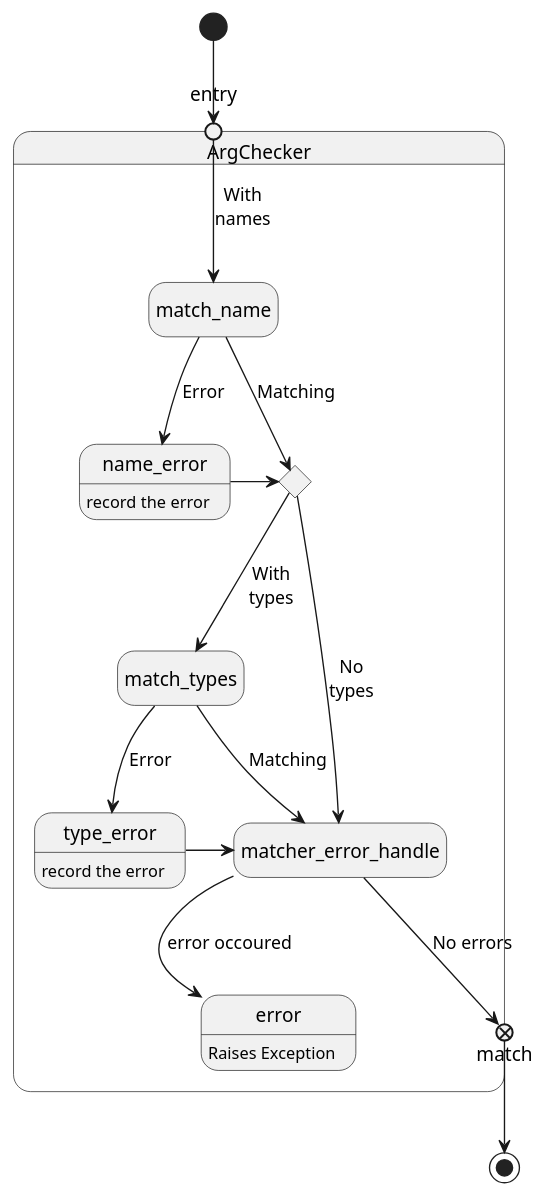
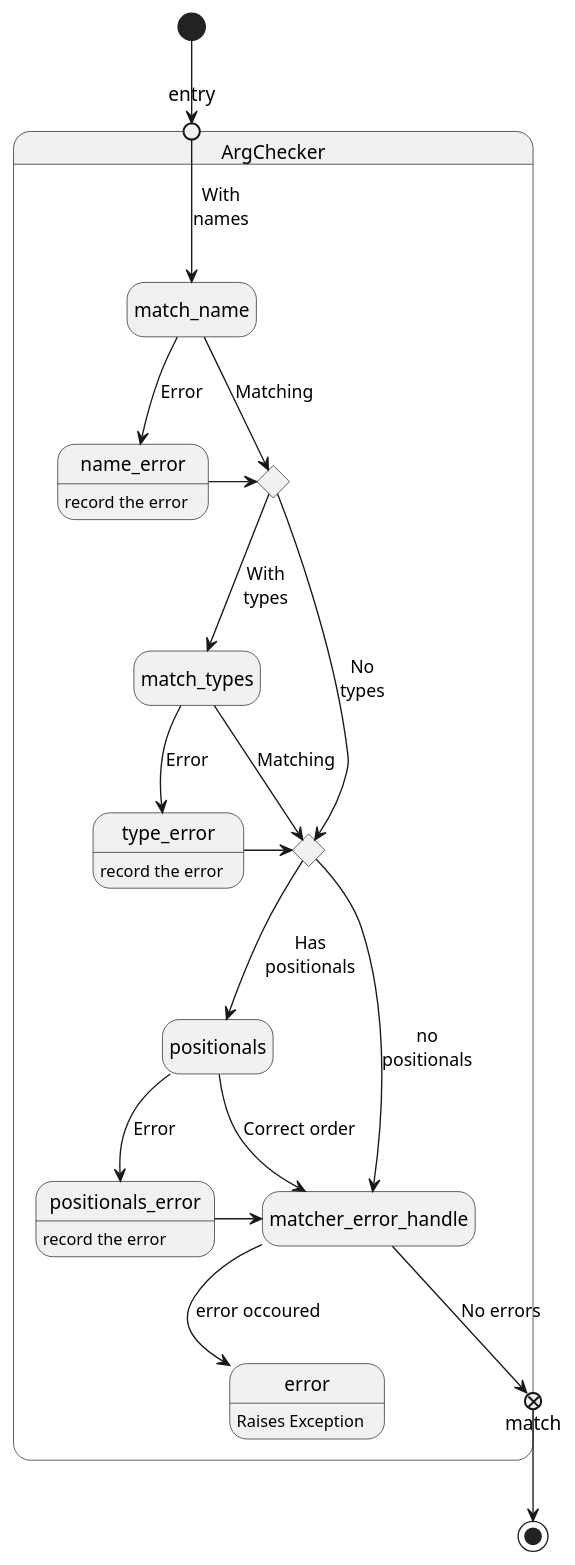
The diagram in docs/diagrams/src/ArgChecker.puml (daplhall/PyFuncPrototypes), drawn with PlantUML before and after one commit. The commit also changed 10 other files, not shown here.

```diff
--- a/docs/diagrams/src/ArgChecker.puml
+++ b/docs/diagrams/src/ArgChecker.puml
@@ -1,30 +1,37 @@
 @startuml
 top to bottom direction
 hide empty description
 state ArgChecker {
 	state entry <<entrypoint>>
 	state match <<exitpoint>>
 	state do_types <<choice>>
+	state do_positionals <<choice>>
 	state type_error : record the error
 	state name_error : record the error
+	state positionals_error : record the error
 	state error : Raises Exception
 	entry --> match_name : With\nnames
 	match_name --> name_error : Error 
 	match_name --> do_types : Matching
 	name_error -> do_types
 
 	do_types --> match_types : With\ntypes
-	do_types -> matcher_error_handle : No\ntypes
-	match_types --> matcher_error_handle : Matching
+	do_types -> do_positionals : No\ntypes
+	match_types --> do_positionals : Matching
 	match_types --> type_error : Error
-	type_error ->  matcher_error_handle
+	type_error -> do_positionals
+	do_positionals-->positionals : Has\npositionals
+	positionals --> positionals_error : Error
+	positionals -> matcher_error_handle : Correct order
+	positionals_error -> matcher_error_handle
+	do_positionals -> matcher_error_handle : no\npositionals
 
 	matcher_error_handle --> match : No errors
 	matcher_error_handle --> error : error occoured
 }
 
 [*] --> entry
 match --> [*]
 
 
 @enduml
```
